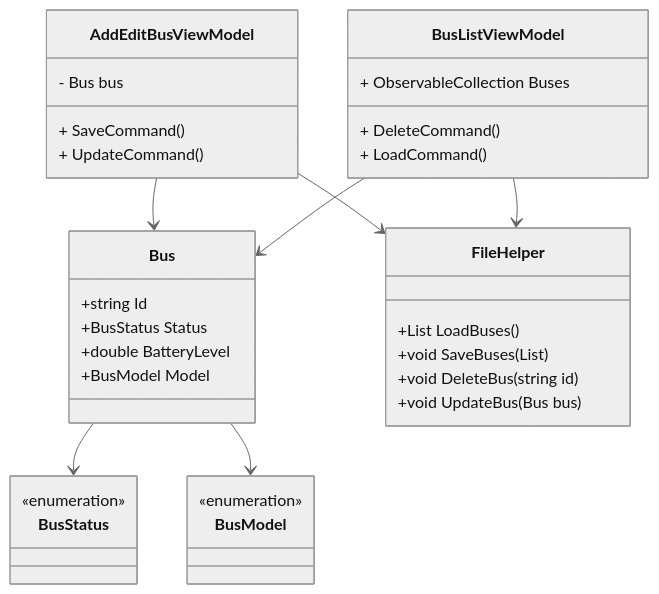
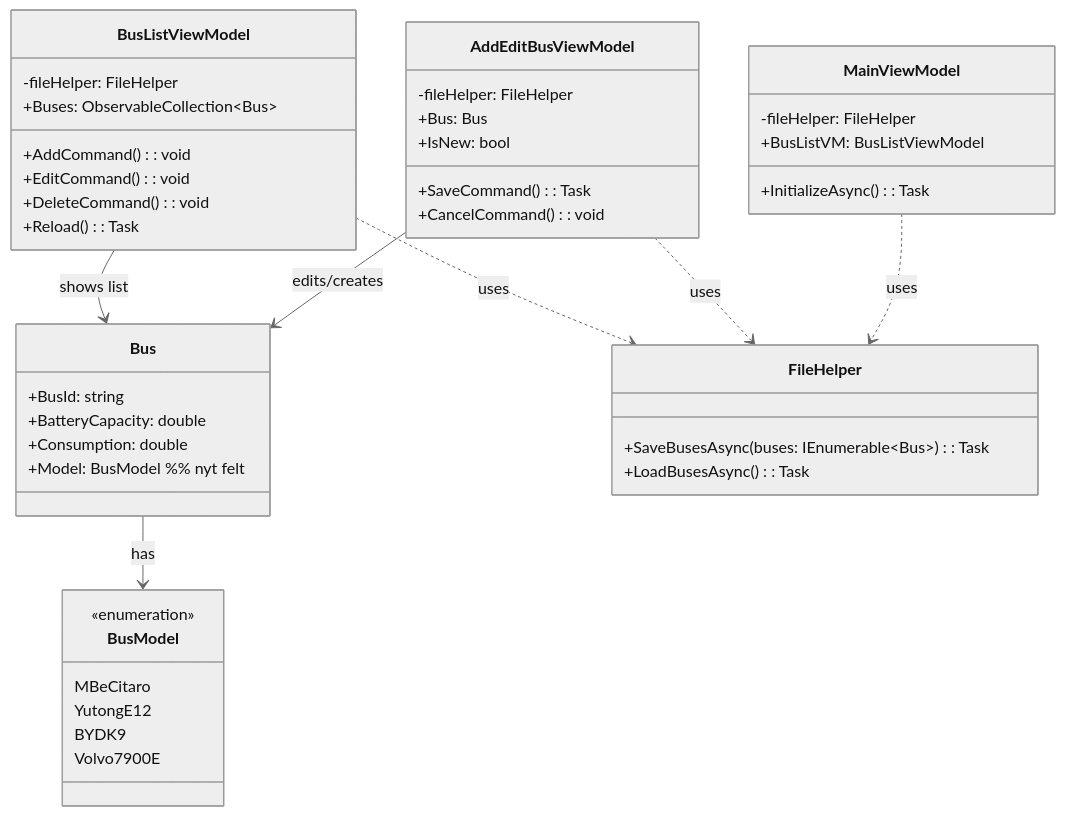
One commit to DMOof2025-Team-6/Getting-Real changed the diagram in Dokumentation/Iteration 1/Use Case 1/DCD.mmd. Above: the diagram before and after it, drawn with Mermaid (neutral theme). The commit also changed 24 other files, not shown here.

```diff
--- a/Dokumentation/Iteration 1/Use Case 1/DCD.mmd
+++ b/Dokumentation/Iteration 1/Use Case 1/DCD.mmd
@@ -1,42 +1,54 @@
-%%DCD (Design Class Diagram) for Use Case 1
 classDiagram
-    class AddEditBusViewModel {
-        - Bus bus
-        + SaveCommand()
-        + UpdateCommand()
-    }
- 
-    class BusListViewModel {
-        + ObservableCollection<Bus> Buses
-        + DeleteCommand()
-        + LoadCommand()
-    }
- 
-    class Bus {
-        +string Id
-        +BusStatus Status
-        +double BatteryLevel
-        +BusModel Model
-    }
- 
-    class FileHelper {
-        +List<Bus> LoadBuses()
-        +void SaveBuses(List<Bus>)
-        +void DeleteBus(string id)
-        +void UpdateBus(Bus bus)
-    }
+%% ============ DOMAIN ============
+class Bus {
+    +BusId: string
+    +BatteryCapacity: double
+    +Consumption: double
+    +Model: BusModel              %% nyt felt
+}
 
-    class BusStatus {
-        <<enumeration>>
-    }
+class BusModel {
+    <<enumeration>>
+    MBeCitaro
+    YutongE12
+    BYDK9
+    Volvo7900E
+}
 
-    class BusModel {
-        <<enumeration>>
-    }
- 
-    AddEditBusViewModel --> Bus
-    AddEditBusViewModel --> FileHelper
-    BusListViewModel --> FileHelper
-    BusListViewModel --> Bus
-    Bus --> BusStatus
-    Bus --> BusModel
+%% ============ FILE IO ============
+class FileHelper {
+    +SaveBusesAsync(buses: IEnumerable~Bus~): Task
+    +LoadBusesAsync(): Task<List~Bus~>
+}
+
+%% ============ PRESENTATION (MVVM) ============
+class BusListViewModel {
+    -fileHelper: FileHelper
+    +Buses: ObservableCollection~Bus~
+    +AddCommand(): void
+    +EditCommand(): void
+    +DeleteCommand(): void
+    +Reload(): Task
+}
+
+class AddEditBusViewModel {
+    -fileHelper: FileHelper
+    +Bus: Bus
+    +SaveCommand(): Task
+    +CancelCommand(): void
+    +IsNew: bool
+}
+
+class MainViewModel {
+    -fileHelper: FileHelper
+    +BusListVM: BusListViewModel
+    +InitializeAsync(): Task
+}
+
+%% ============ RELATIONS ============
+BusListViewModel  ..> FileHelper : uses
+AddEditBusViewModel ..> FileHelper : uses
+MainViewModel ..> FileHelper : uses
+BusListViewModel  --> Bus        : shows list
+AddEditBusViewModel --> Bus      : edits/creates
+Bus --> BusModel                 : has
```
